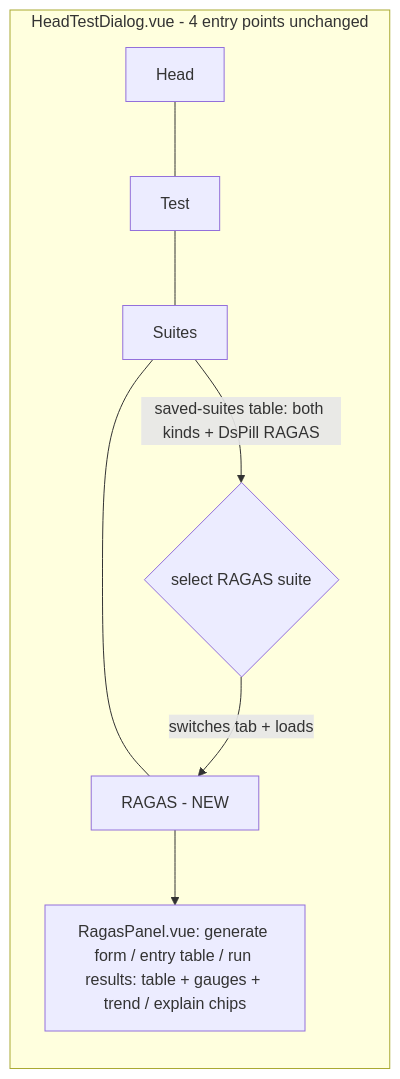
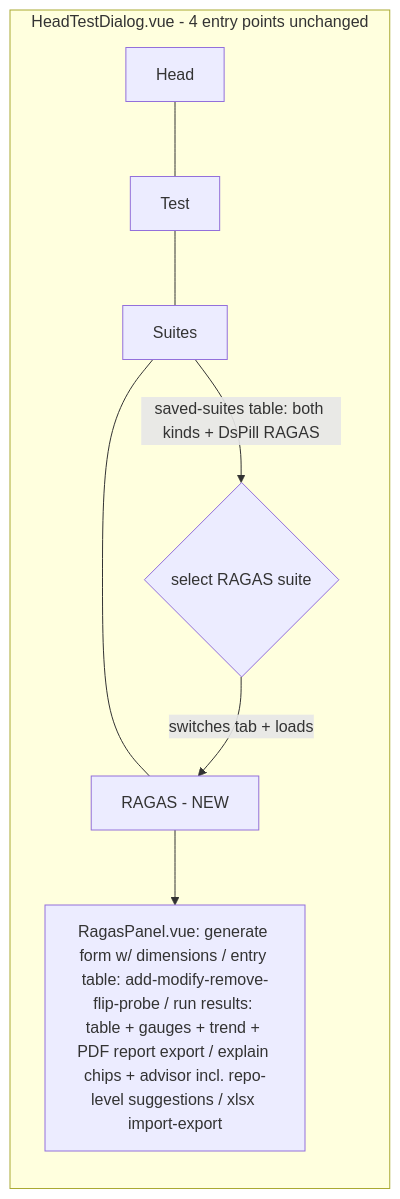
The fifth of 5 diagrams in _bmad-output/specs/spec-okf-ragas-benchmarking/architecture-diagrams.md (jrevillard/genie-ai-replica), drawn with Mermaid before and after one commit. The commit also changed 5 other files, not shown here.

First line of the commit message:
docs(bmad): 8-6 parity + reporting — full suite management parity, repo-level advisor, UI output parity + PDF reports

````diff
--- a/_bmad-output/specs/spec-okf-ragas-benchmarking/architecture-diagrams.md
+++ b/_bmad-output/specs/spec-okf-ragas-benchmarking/architecture-diagrams.md
@@ -100,9 +100,9 @@
 ```mermaid
 flowchart LR
   subgraph HeadTestDialog [HeadTestDialog.vue - 4 entry points unchanged]
     T1[Head] --- T2[Test] --- T3[Suites] --- T4[RAGAS - NEW]
     T3 -->|saved-suites table: both kinds + DsPill RAGAS| SEL{select RAGAS suite}
     SEL -->|switches tab + loads| T4
-    T4 --> RP[RagasPanel.vue: generate form / entry table / run results: table + gauges + trend / explain chips]
+    T4 --> RP[RagasPanel.vue: generate form w/ dimensions / entry table: add-modify-remove-flip-probe / run results: table + gauges + trend + PDF report export / explain chips + advisor incl. repo-level suggestions / xlsx import-export]
   end
 ```
````
